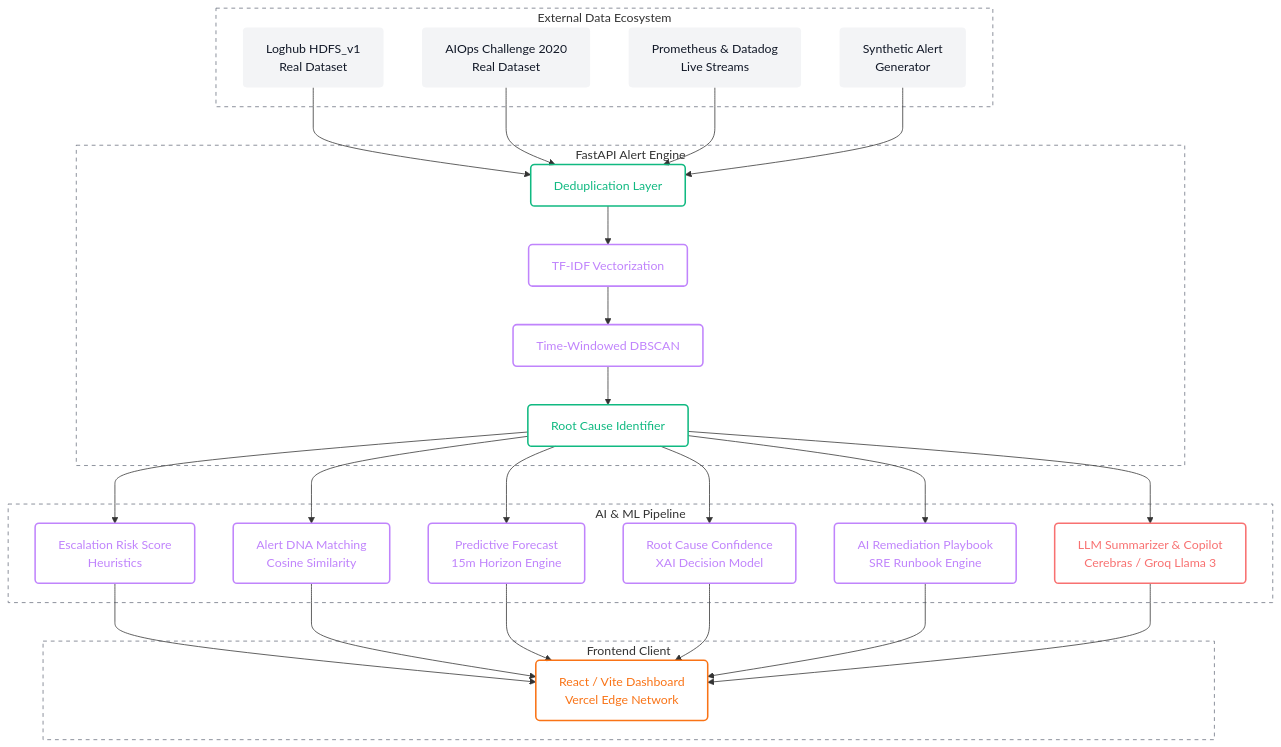
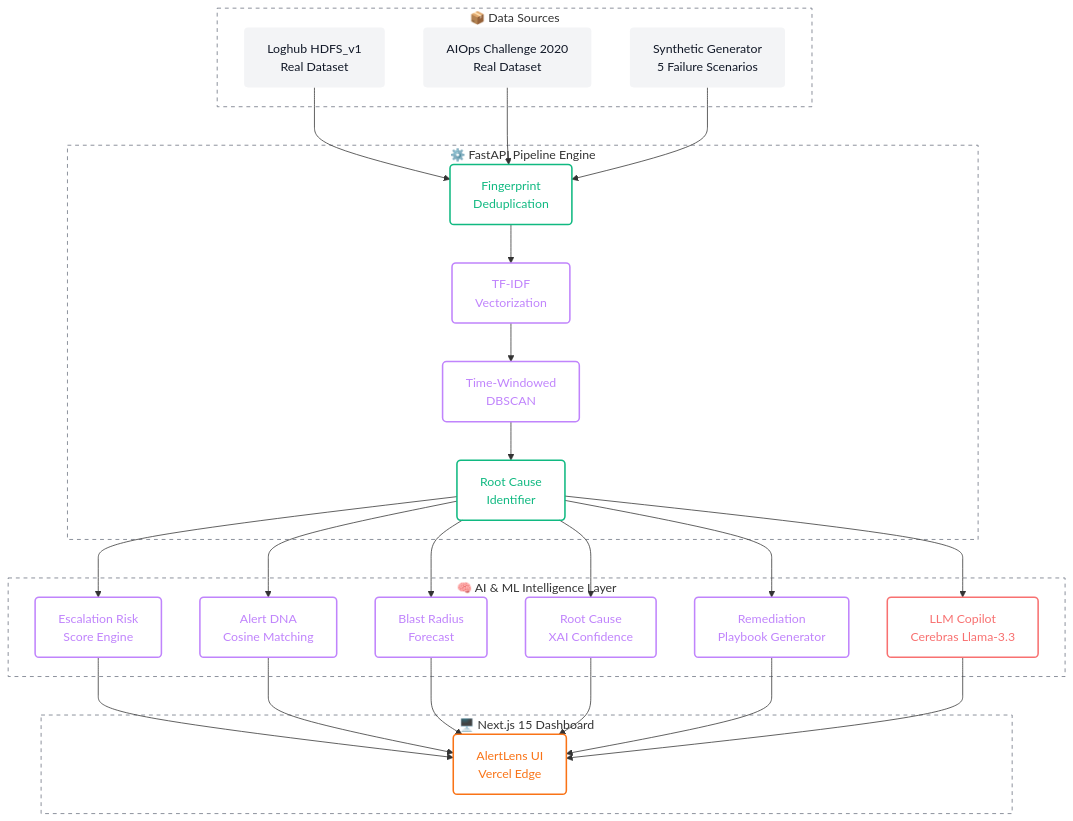
Before and after one commit to Aditya0105singh/HPE--HACKATHON-ALERT-CORRELATION-DEDUPLICATION: the diagram in README.md, drawn with Mermaid. The commit also changed other lines of this file, not shown here.

Commit message:
docs: complete README rewrite — next-level professional presentation

````diff
--- a/README.md
+++ b/README.md
@@ -36,65 +149,61 @@
 ```mermaid
 graph TD
-    %% Hollow Neon Styling Definitions
     classDef frontend fill:none,stroke:#f97316,stroke-width:2px,color:#f97316,rx:5,ry:5
     classDef backend fill:none,stroke:#10b981,stroke-width:2px,color:#10b981,rx:5,ry:5
     classDef ml fill:none,stroke:#c084fc,stroke-width:2px,color:#c084fc,rx:5,ry:5
     classDef ai fill:none,stroke:#f87171,stroke-width:2px,color:#f87171,rx:5,ry:5
     classDef external fill:#f3f4f6,stroke:none,color:#111827,rx:5,ry:5
 
-    subgraph Data [External Data Ecosystem]
-        Loghub[Loghub HDFS_v1<br>Real Dataset]:::external
-        AIOps[AIOps Challenge 2020<br>Real Dataset]:::external
-        Prometheus[Prometheus & Datadog<br>Live Streams]:::external
-        Gen[Synthetic Alert<br>Generator]:::external
+    subgraph Data ["📦 Data Sources"]
+        Loghub["Loghub HDFS_v1<br>Real Dataset"]:::external
+        AIOps["AIOps Challenge 2020<br>Real Dataset"]:::external
+        Gen["Synthetic Generator<br>5 Failure Scenarios"]:::external
     end
 
-    subgraph Backend [FastAPI Alert Engine]
-        Dedup[Deduplication Layer]:::backend
-        Embed[TF-IDF Vectorization]:::ml
-        Cluster[Time-Windowed DBSCAN]:::ml
-        RootCause[Root Cause Identifier]:::backend
+    subgraph Backend ["⚙️ FastAPI Pipeline Engine"]
+        Dedup["Fingerprint<br>Deduplication"]:::backend
+        Embed["TF-IDF<br>Vectorization"]:::ml
+        Cluster["Time-Windowed<br>DBSCAN"]:::ml
+        RootCause["Root Cause<br>Identifier"]:::backend
 
         Dedup --> Embed
         Embed --> Cluster
         Cluster --> RootCause
     end
 
-    subgraph Intelligence [AI & ML Pipeline]
-        RiskScore[Escalation Risk Score<br>Heuristics]:::ml
-        DNA[Alert DNA Matching<br>Cosine Similarity]:::ml
-        Forecast[Predictive Forecast<br>15m Horizon Engine]:::ml
-        RCAConfidence[Root Cause Confidence<br>XAI Decision Model]:::ml
-        Playbook[AI Remediation Playbook<br>SRE Runbook Engine]:::ml
-        Summarizer[LLM Summarizer & Copilot<br>Cerebras / Groq Llama 3]:::ai
+    subgraph Intelligence ["🧠 AI & ML Intelligence Layer"]
+        RiskScore["Escalation Risk<br>Score Engine"]:::ml
+        DNA["Alert DNA<br>Cosine Matching"]:::ml
+        Forecast["Blast Radius<br>Forecast"]:::ml
+        RCAConfidence["Root Cause<br>XAI Confidence"]:::ml
+        Playbook["Remediation<br>Playbook Generator"]:::ml
+        Summarizer["LLM Copilot<br>Cerebras Llama-3.3"]:::ai
     end
 
-    subgraph Frontend [Frontend Client]
-        Dashboard[React / Vite Dashboard<br>Vercel Edge Network]:::frontend
+    subgraph Frontend ["🖥️ Next.js 15 Dashboard"]
+        Dashboard["AlertLens UI<br>Vercel Edge"]:::frontend
     end
 
     Loghub --> Dedup
     AIOps --> Dedup
-    Prometheus --> Dedup
     Gen --> Dedup
 
     RootCause --> RiskScore
     RootCause --> DNA
     RootCause --> Forecast
     RootCause --> RCAConfidence
     RootCause --> Playbook
     RootCause --> Summarizer
 
     RiskScore --> Dashboard
     DNA --> Dashboard
     Forecast --> Dashboard
     RCAConfidence --> Dashboard
     Playbook --> Dashboard
     Summarizer --> Dashboard
 
-    %% Subgraph Styling
     style Data fill:none,stroke:#6b7280,stroke-width:1px,stroke-dasharray: 5 5
     style Backend fill:none,stroke:#6b7280,stroke-width:1px,stroke-dasharray: 5 5
     style Intelligence fill:none,stroke:#6b7280,stroke-width:1px,stroke-dasharray: 5 5
     style Frontend fill:none,stroke:#6b7280,stroke-width:1px,stroke-dasharray: 5 5
 ```
````
